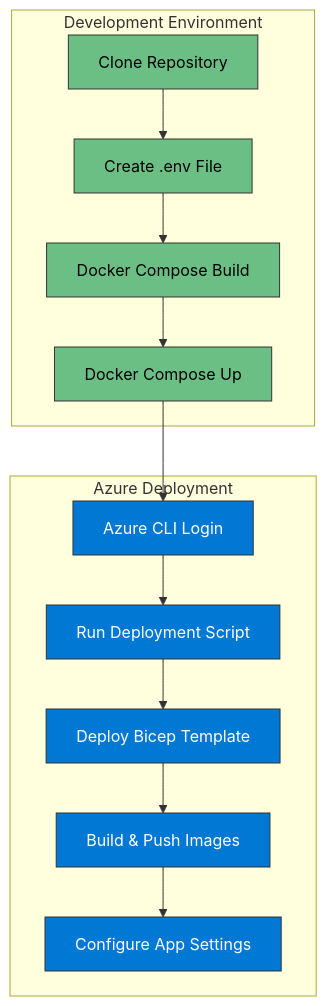
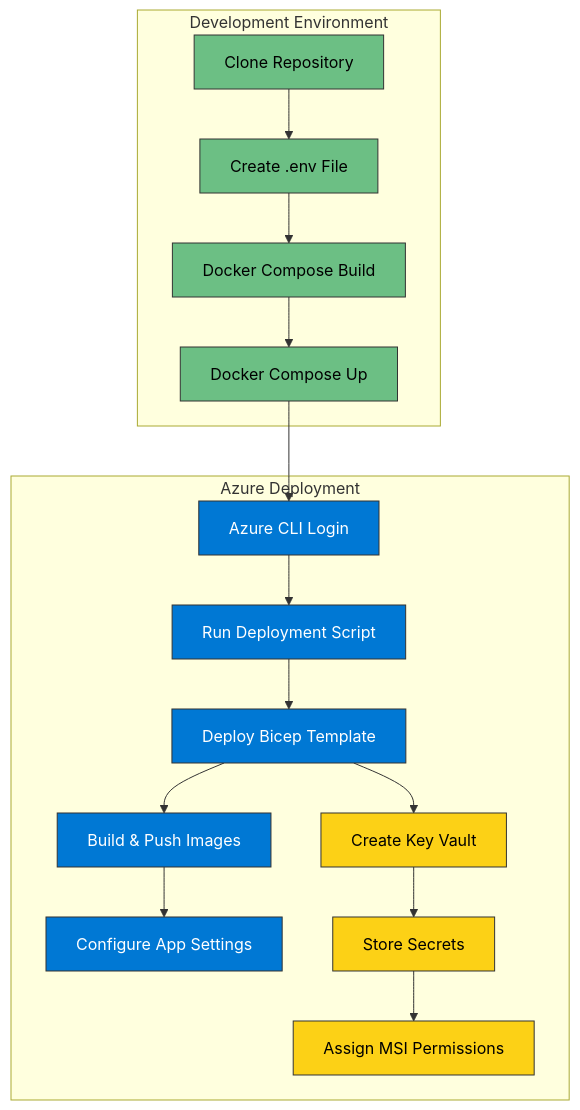
Before and after one commit to jonathan-vella/azure-postgresql-ha-workshop: the diagram in infra/README.md, drawn with Mermaid. The commit also changed other lines of this file and 7 other files, not shown here.

Commit message:
feat: implement Key Vault for secure secret storage and enhance app service security

````diff
--- a/infra/README.md
+++ b/infra/README.md
@@ -10,22 +12,27 @@
 ```mermaid
 flowchart TD
     subgraph "Development Environment"
         A[Clone Repository] --> B[Create .env File]
         B --> C[Docker Compose Build]
         C --> D[Docker Compose Up]
     end
     
     subgraph "Azure Deployment"
         E[Azure CLI Login] --> F[Run Deployment Script]
         F --> G[Deploy Bicep Template]
         G --> H[Build & Push Images]
         H --> I[Configure App Settings]
+        G --> J[Create Key Vault]
+        J --> K[Store Secrets]
+        K --> L[Assign MSI Permissions]
     end
     
     D --> E
     
     classDef dev fill:#6CBF84,stroke:#333,color:black;
     classDef azure fill:#0078D4,stroke:#333,color:white;
+    classDef security fill:#FCD116,stroke:#333,color:black;
     class A,B,C,D dev;
     class E,F,G,H,I azure;
+    class J,K,L security;
 ```
````
